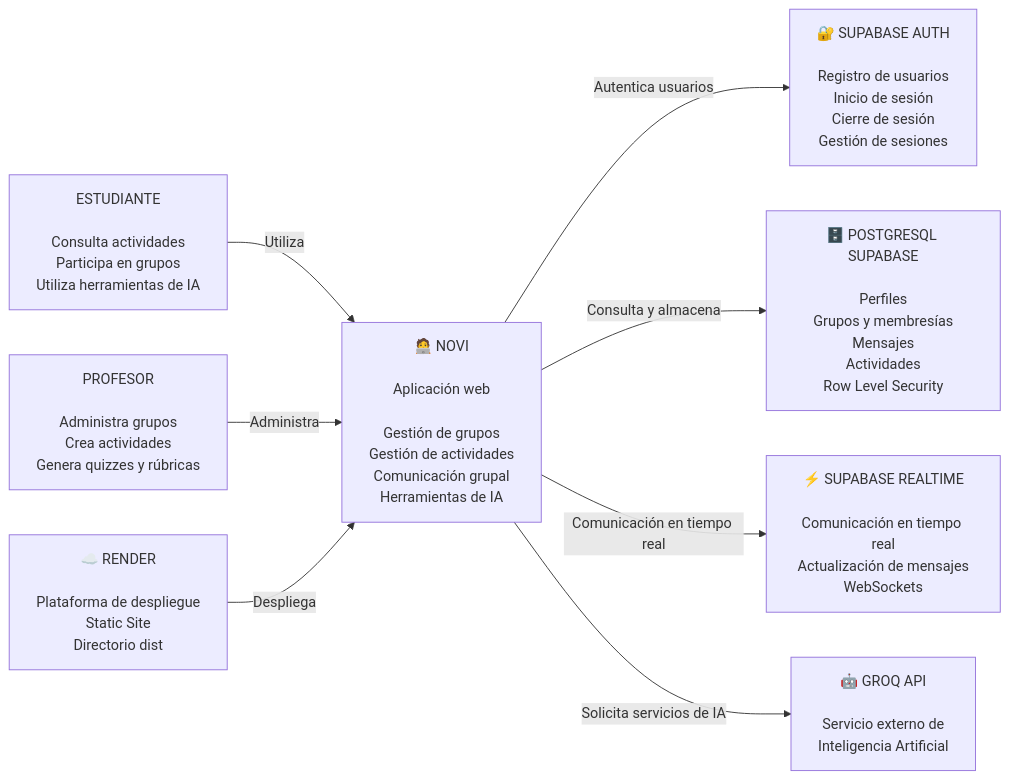
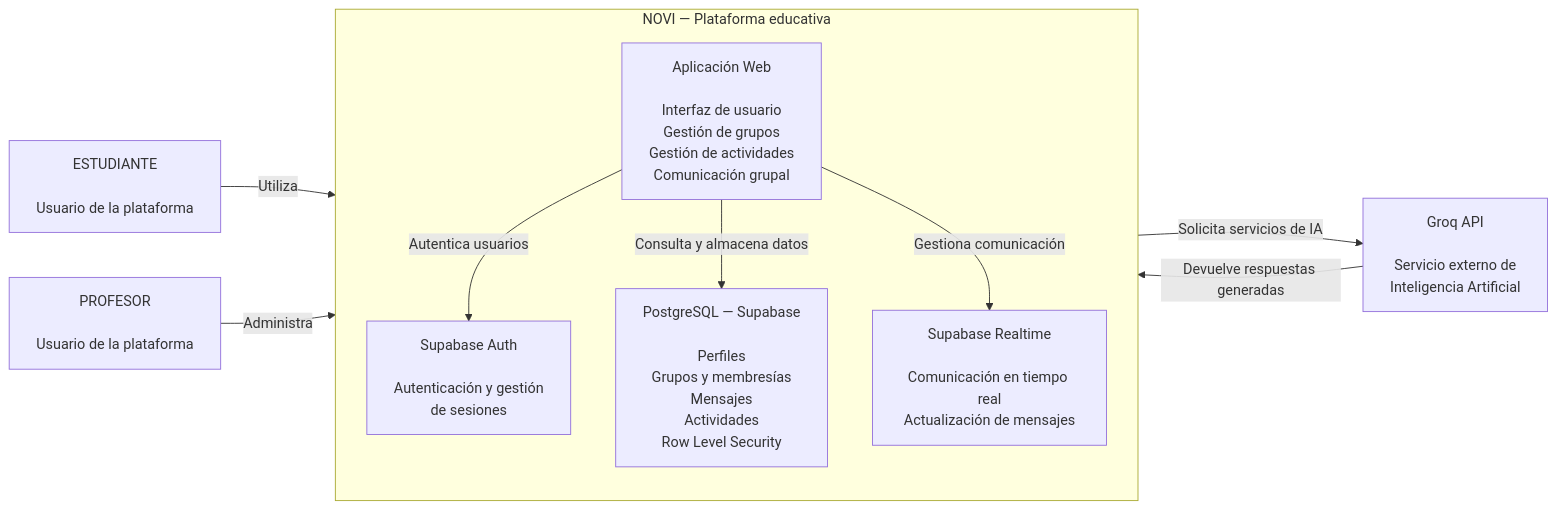
Before and after one commit to pinzon0930-boop/Network_Of_Virtual_Interaction: the diagram in docs/modeloC4_nivel2.md, drawn with Mermaid.

````diff
--- a/docs/modeloC4_nivel2.md
+++ b/docs/modeloC4_nivel2.md
@@ -1,66 +1,29 @@
 ```mermaid
   flowchart LR
 
-E1["ESTUDIANTE
+    EST["ESTUDIANTE<br/><br/>Usuario de la plataforma"]
+    PROF["PROFESOR<br/><br/>Usuario de la plataforma"]
 
-Consulta actividades
-Participa en grupos
-Utiliza herramientas de IA"]
+    subgraph NOVI["NOVI — Plataforma educativa"]
+        direction TB
 
-P1["PROFESOR
+        WEB["Aplicación Web<br/><br/>Interfaz de usuario<br/>Gestión de grupos<br/>Gestión de actividades<br/>Comunicación grupal"]
 
-Administra grupos
-Crea actividades
-Genera quizzes y rúbricas"]
+        AUTH["Supabase Auth<br/><br/>Autenticación y gestión<br/>de sesiones"]
 
-N["🧑‍💻 NOVI
+        DB["PostgreSQL — Supabase<br/><br/>Perfiles<br/>Grupos y membresías<br/>Mensajes<br/>Actividades<br/>Row Level Security"]
 
-Aplicación web
+        REALTIME["Supabase Realtime<br/><br/>Comunicación en tiempo real<br/>Actualización de mensajes"]
 
-Gestión de grupos
-Gestión de actividades
-Comunicación grupal
-Herramientas de IA"]
+        WEB -->|"Autentica usuarios"| AUTH
+        WEB -->|"Consulta y almacena datos"| DB
+        WEB -->|"Gestiona comunicación"| REALTIME
+    end
 
-A["🔐 SUPABASE AUTH
+    GROQ["Groq API<br/><br/>Servicio externo de<br/>Inteligencia Artificial"]
 
-Registro de usuarios
-Inicio de sesión
-Cierre de sesión
-Gestión de sesiones"]
-
-DB["🗄️ POSTGRESQL SUPABASE
-
-Perfiles
-Grupos y membresías
-Mensajes
-Actividades
-Row Level Security"]
-
-R["⚡ SUPABASE REALTIME
-
-Comunicación en tiempo real
-Actualización de mensajes
-WebSockets"]
-
-G["🤖 GROQ API
-
-Servicio externo de
-Inteligencia Artificial"]
-
-RE["☁️ RENDER
-
-Plataforma de despliegue
-Static Site
-Directorio dist"]
-
-E1 -->|"Utiliza"| N
-P1 -->|"Administra"| N
-
-N -->|"Autentica usuarios"| A
-N -->|"Consulta y almacena"| DB
-N -->|"Comunicación en tiempo real"| R
-N -->|"Solicita servicios de IA"| G
-
-RE -->|"Despliega"| N
+    EST -->|"Utiliza"| WEB
+    PROF -->|"Administra"| WEB
+    WEB -->|"Solicita servicios de IA"| GROQ
+    GROQ -->|"Devuelve respuestas generadas"| WEB
 ```
````
